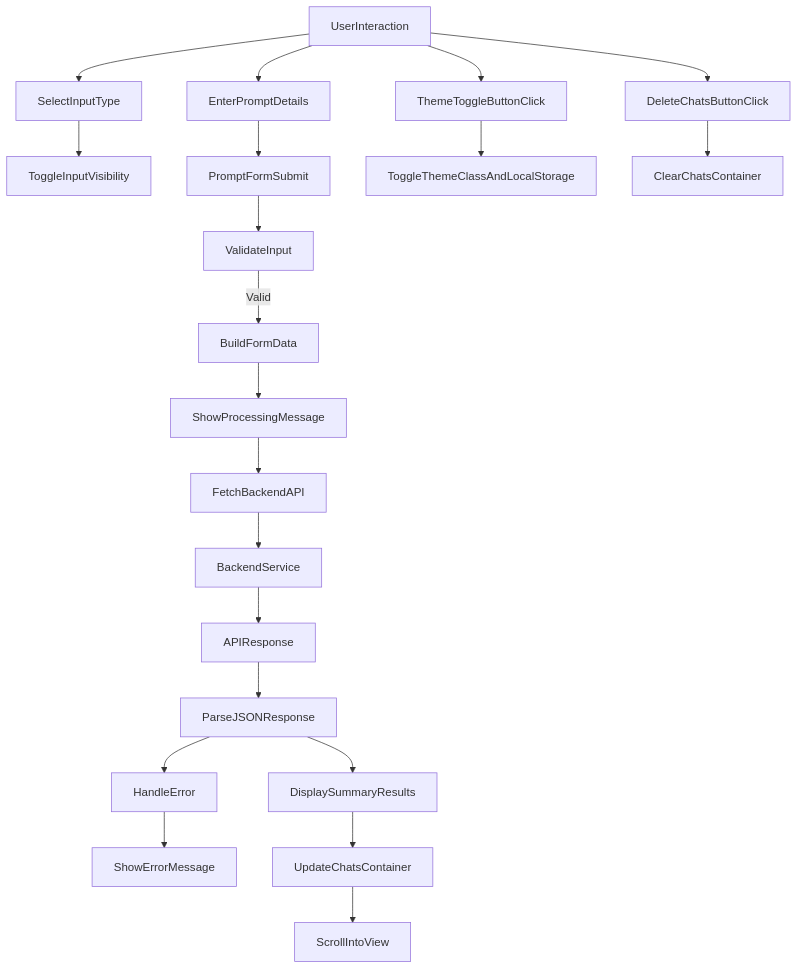
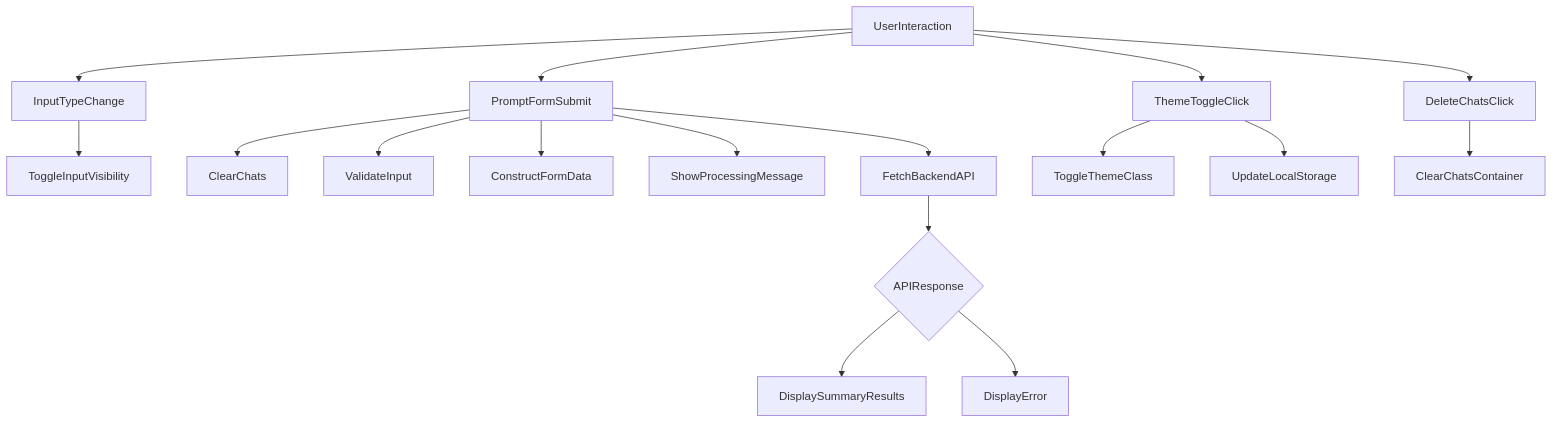
One commit to test-company-prowiz/Note-Summerizer changed the diagram in docs/script.js.md. Above: the diagram before and after it, drawn with Mermaid. The commit also changed other lines of this file and 2 other files, not shown here.

````diff
--- a/docs/script.js.md
+++ b/docs/script.js.md
@@ -56,25 +61,23 @@
 ```mermaid
 graph TD
-User[UserInteraction] --> SelectInput[SelectInputType]
-User --> EnterPrompt[EnterPromptDetails]
-SelectInput --> ToggleInputVisibility[ToggleInputVisibility]
-EnterPrompt --> PromptForm[PromptFormSubmit]
-PromptForm --> ValidateInput[ValidateInput]
-ValidateInput -- Valid --> BuildFormData[BuildFormData]
-BuildFormData --> ShowProcessing[ShowProcessingMessage]
-ShowProcessing --> FetchBackend[FetchBackendAPI]
-FetchBackend --> BackendService[BackendService]
-BackendService --> Response[APIResponse]
-Response --> ParseResponse[ParseJSONResponse]
-ParseResponse --> HandleError[HandleError]
-ParseResponse --> DisplaySummary[DisplaySummaryResults]
-HandleError --> ShowError[ShowErrorMessage]
-DisplaySummary --> UpdateUI[UpdateChatsContainer]
-UpdateUI --> ScrollView[ScrollIntoView]
+A[UserInteraction] --> B[PromptFormSubmit]
+A --> C[InputTypeChange]
+A --> D[ThemeToggleClick]
+A --> E[DeleteChatsClick]
 
-User --> ThemeToggleBtn[ThemeToggleButtonClick]
-ThemeToggleBtn --> ToggleTheme[ToggleThemeClassAndLocalStorage]
+C --> F[ToggleInputVisibility]
 
-User --> DeleteChatsBtn[DeleteChatsButtonClick]
-DeleteChatsBtn --> ClearChats[ClearChatsContainer]
+B --> G[ClearChats]
+B --> H[ValidateInput]
+B --> I[ConstructFormData]
+B --> J[ShowProcessingMessage]
+B --> K[FetchBackendAPI]
+K --> L{APIResponse}
+L --> M[DisplaySummaryResults]
+L --> N[DisplayError]
+
+D --> O[ToggleThemeClass]
+D --> P[UpdateLocalStorage]
+
+E --> Q[ClearChatsContainer]
 ```
````
